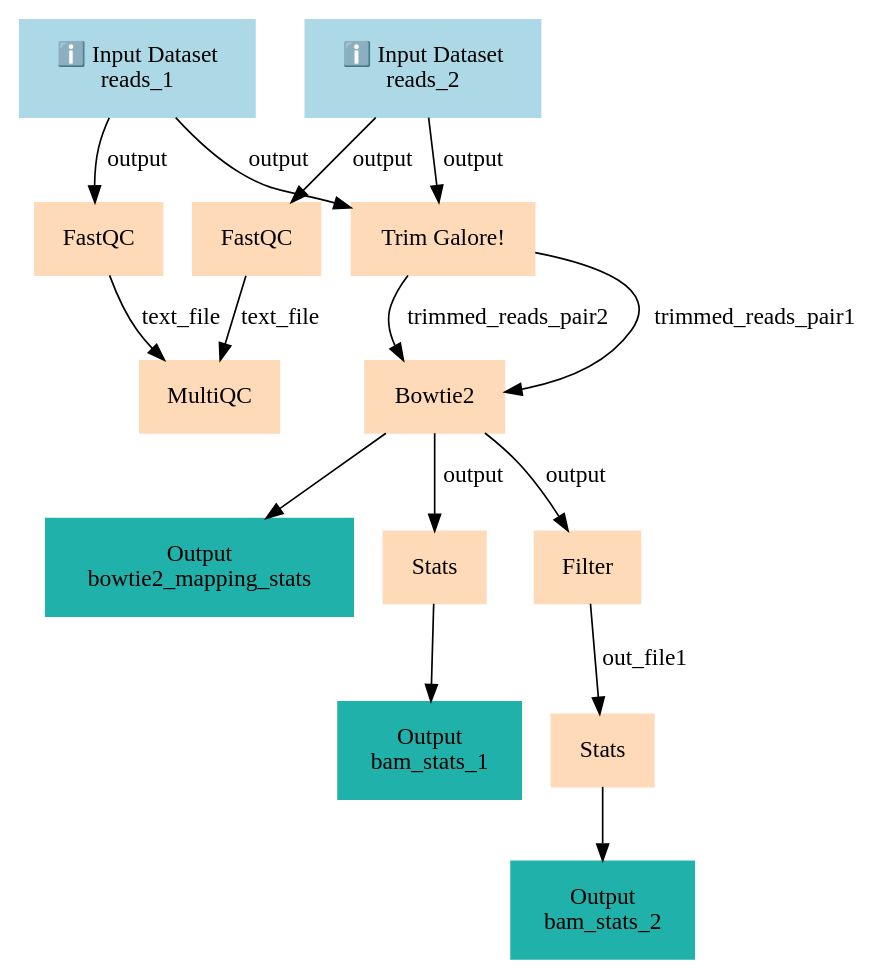
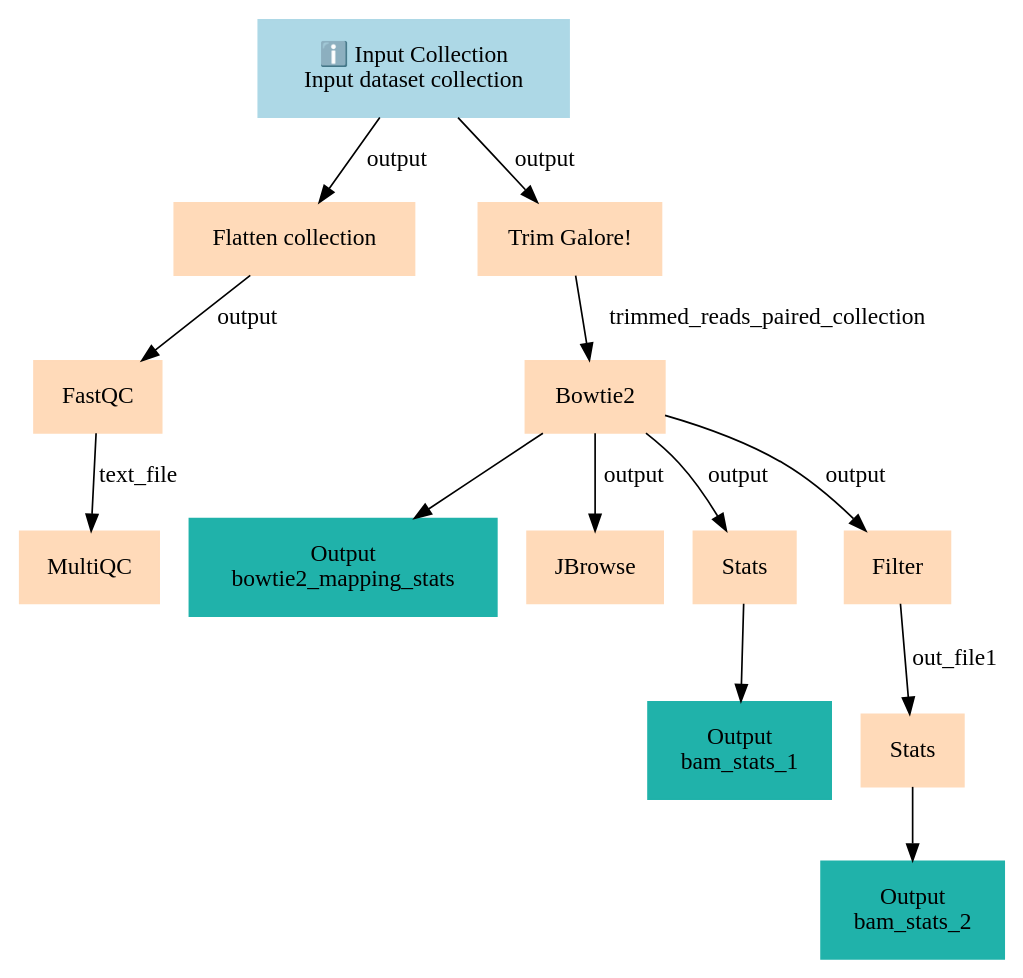
The diagram in api/workflows/sequence-analysis/mapping/mapping/graph.dot (galaxyproject/training-material), drawn with Graphviz before and after one commit. The commit also changed 10110 other files, not shown here.

```diff
--- a/api/workflows/sequence-analysis/mapping/mapping/graph.dot
+++ b/api/workflows/sequence-analysis/mapping/mapping/graph.dot
@@ -1,31 +1,29 @@
 digraph main {
   node [fontname="Atkinson Hyperlegible", shape=box, color=white,style=filled,color=peachpuff,margin="0.2,0.2"];
   edge [fontname="Atkinson Hyperlegible"];
-  0[color=lightblue,label="ℹ️ Input Dataset\nreads_1"]
-  1[color=lightblue,label="ℹ️ Input Dataset\nreads_2"]
-  2[label="FastQC"]
+  0[color=lightblue,label="ℹ️ Input Collection\nInput dataset collection"]
+  1[label="Flatten collection"]
+  0 -> 1 [label="output"]
+  2[label="Trim Galore!"]
   0 -> 2 [label="output"]
   3[label="FastQC"]
   1 -> 3 [label="output"]
-  4[label="Trim Galore!"]
-  0 -> 4 [label="output"]
-  1 -> 4 [label="output"]
+  4[label="Bowtie2"]
+  2 -> 4 [label="trimmed_reads_paired_collection"]
+  kd267491228a645f3ac486635eabe47b7[color=lightseagreen,label="Output\nbowtie2_mapping_stats"]
+  4 -> kd267491228a645f3ac486635eabe47b7
   5[label="MultiQC"]
   3 -> 5 [label="text_file"]
-  2 -> 5 [label="text_file"]
-  6[label="Bowtie2"]
-  4 -> 6 [label="trimmed_reads_pair1"]
-  4 -> 6 [label="trimmed_reads_pair2"]
-  kd267491228a645f3ac486635eabe47b7[color=lightseagreen,label="Output\nbowtie2_mapping_stats"]
-  6 -> kd267491228a645f3ac486635eabe47b7
+  6[label="JBrowse"]
+  4 -> 6 [label="output"]
   7[label="Stats"]
-  6 -> 7 [label="output"]
+  4 -> 7 [label="output"]
   k96de3c0c4d7e423b8e9b9a12a011d726[color=lightseagreen,label="Output\nbam_stats_1"]
   7 -> k96de3c0c4d7e423b8e9b9a12a011d726
   8[label="Filter"]
-  6 -> 8 [label="output"]
+  4 -> 8 [label="output"]
   9[label="Stats"]
   8 -> 9 [label="out_file1"]
   k9603a94adcd84c1f89cdbb31d8572783[color=lightseagreen,label="Output\nbam_stats_2"]
   9 -> k9603a94adcd84c1f89cdbb31d8572783
 }
```
